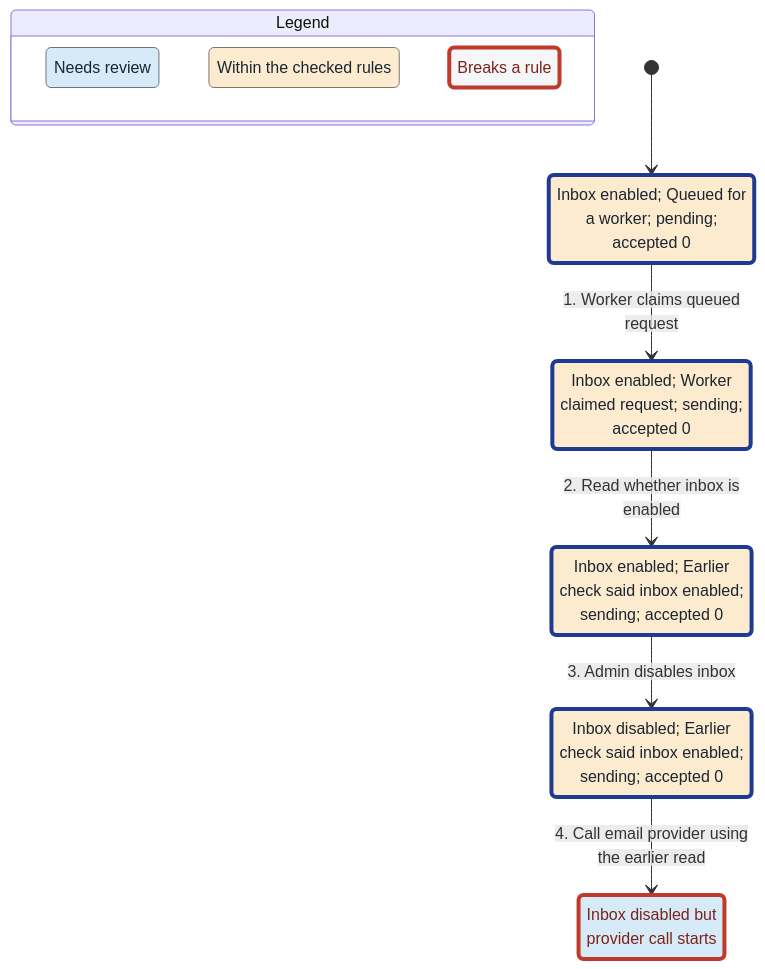
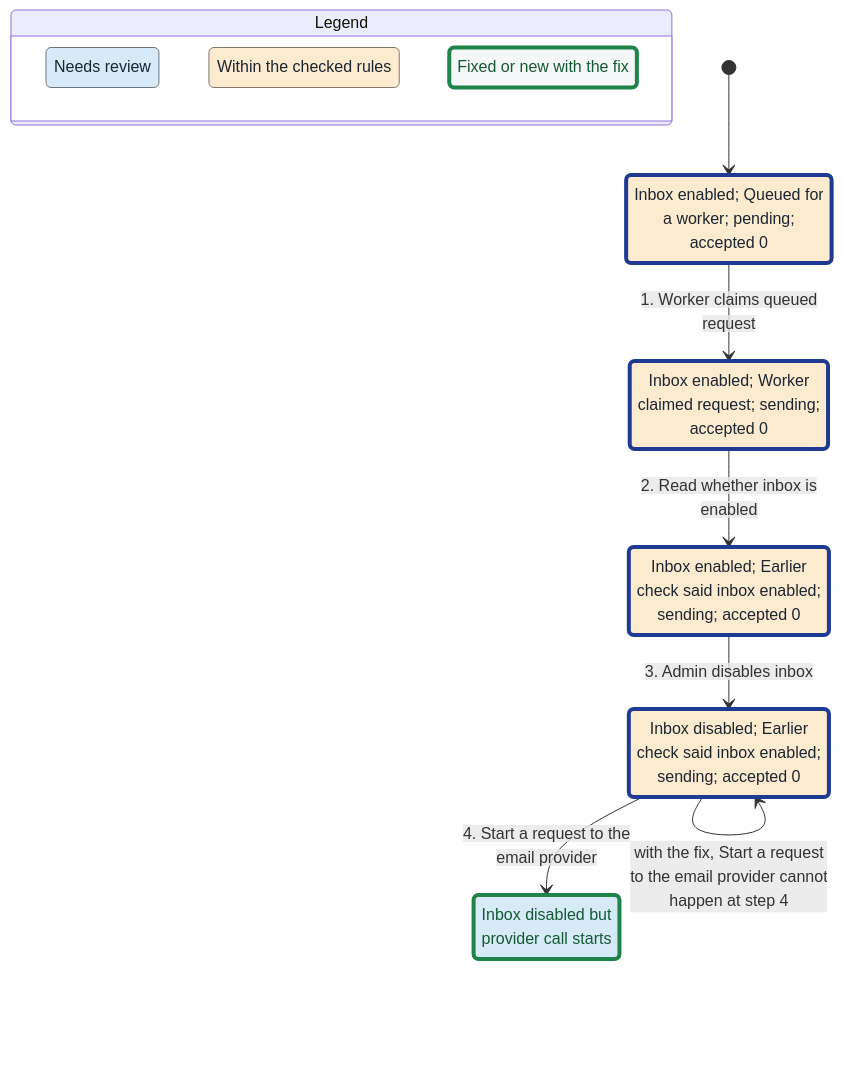
Before and after one commit to upamune/agentpost: the diagram in verification/outbound/evidence/bug-1.mmd, drawn with Mermaid. The commit also changed 62 other files, not shown here.

```diff
--- a/verification/outbound/evidence/bug-1.mmd
+++ b/verification/outbound/evidence/bug-1.mmd
@@ -1,35 +1,37 @@
 ---
 config:
   markdownAutoWrap: false
   state:
     useMaxWidth: false
 ---
 stateDiagram-v2
-  classDef plainWrong fill:#f4f6f7,stroke:#c0392b,stroke-width:4px,color:#7b241c
+  %% second model (fix): the fix
+  classDef plainFixed fill:#f4f6f7,stroke:#1e8449,stroke-width:4px,color:#145a32
   classDef group0 fill:#d6eaf8,stroke:#6b757c,color:#1b2631
-  classDef group0Wrong fill:#d6eaf8,stroke:#c0392b,stroke-width:4px,color:#7b241c
+  classDef group0Fixed fill:#d6eaf8,stroke:#1e8449,stroke-width:4px,color:#145a32
   classDef group1 fill:#fdebd0,stroke:#7f7668,color:#1b2631
   classDef group1Path fill:#fdebd0,stroke:#1f3a93,stroke-width:4px,color:#1b2631
   state "Legend" as legend {
     state "Needs review" as legendGroup0
     state "Within the checked rules" as legendGroup1
-    state "Breaks a rule" as legendWrong
+    state "Fixed or new with the fix" as legendFixed
   }
   class legendGroup0 group0
   class legendGroup1 group1
-  class legendWrong plainWrong
+  class legendFixed plainFixed
   state "Inbox disabled but<br/>provider call starts" as s0
   state "Inbox disabled; Earlier<br/>check said inbox enabled;<br/>sending; accepted 0" as s1
   state "Inbox enabled; Earlier<br/>check said inbox enabled;<br/>sending; accepted 0" as s2
   state "Inbox enabled; Queued for<br/>a worker; pending;<br/>accepted 0" as s3
   state "Inbox enabled; Worker<br/>claimed request; sending;<br/>accepted 0" as s4
   [*] --> s3
   s3 --> s4 : 1. Worker claims queued<br/>request
   s4 --> s2 : 2. Read whether inbox is<br/>enabled
   s2 --> s1 : 3. Admin disables inbox
-  s1 --> s0 : 4. Call email provider using<br/>the earlier read
-  class s0 group0Wrong
+  s1 --> s0 : 4. Start a request to the<br/>email provider
+  s1 --> s1 : with the fix, Start a request<br/>to the email provider cannot<br/>happen at step 4
+  class s0 group0Fixed
   class s1 group1Path
   class s2 group1Path
   class s3 group1Path
   class s4 group1Path
```
